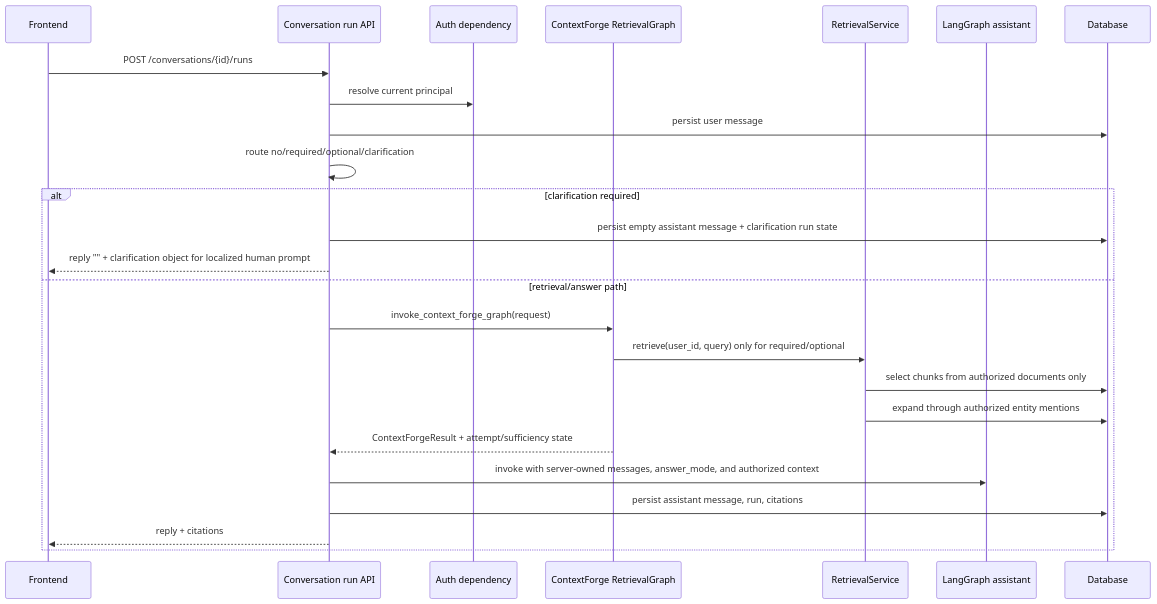
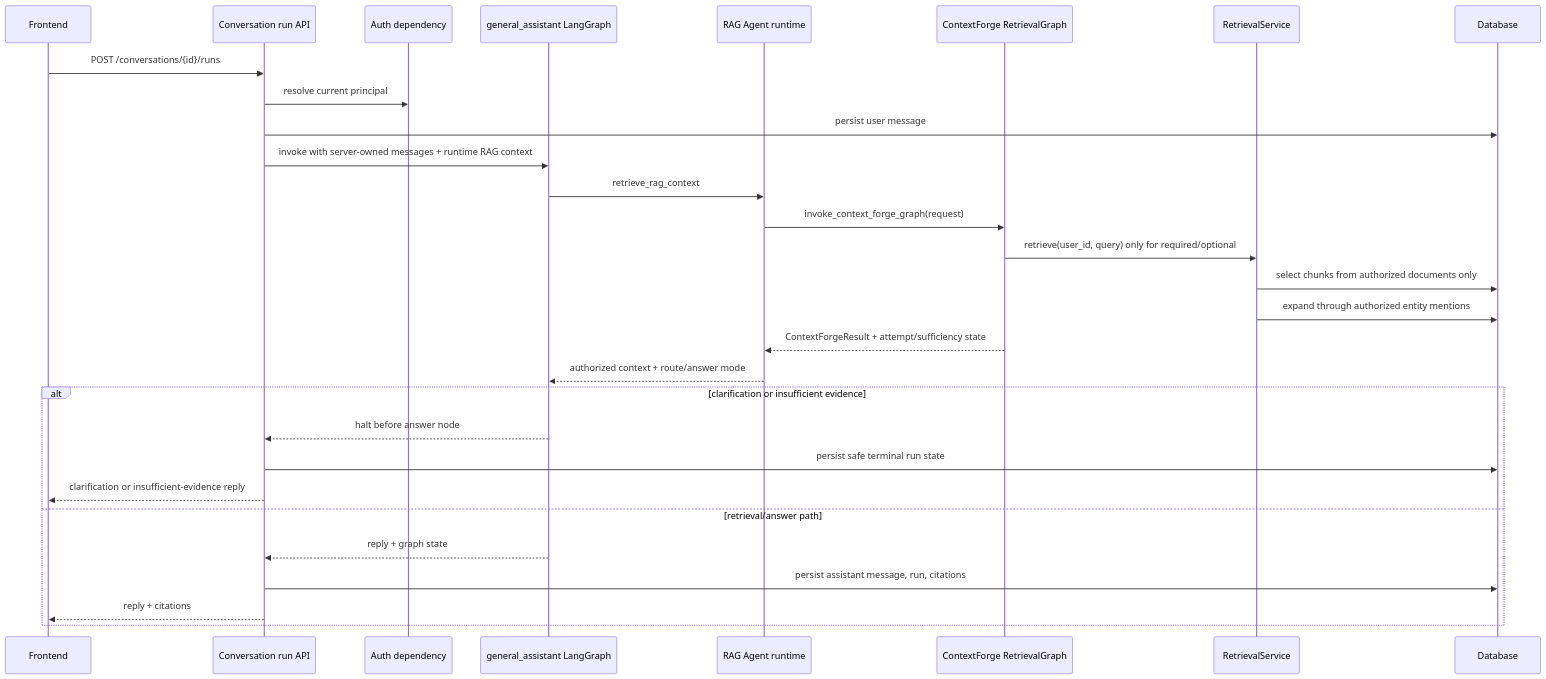
One commit to heecheon92/my-agents changed the first of 3 diagrams in docs/product-chat-service/en/06-permission-aware-rag.md. Above: the diagram before and after it, drawn with Mermaid. The commit also changed other lines of this file and 45 other files, not shown here.

````diff
--- a/docs/product-chat-service/en/06-permission-aware-rag.md
+++ b/docs/product-chat-service/en/06-permission-aware-rag.md
@@ -48,28 +46,32 @@
 ```mermaid
 sequenceDiagram
     participant UI as Frontend
     participant API as Conversation run API
     participant Auth as Auth dependency
+    participant G as general_assistant LangGraph
+    participant RAG as RAG Agent runtime
     participant CG as ContextForge RetrievalGraph
     participant R as RetrievalService
-    participant G as LangGraph assistant
     participant DB as Database
 
     UI->>API: POST /conversations/{id}/runs
     API->>Auth: resolve current principal
     API->>DB: persist user message
-    API->>API: route no/required/optional/clarification
-    alt clarification required
-        API->>DB: persist empty assistant message + clarification run state
-        API-->>UI: reply "" + clarification object for localized human prompt
+    API->>G: invoke with server-owned messages + runtime RAG context
+    G->>RAG: retrieve_rag_context
+    RAG->>CG: invoke_context_forge_graph(request)
+    CG->>R: retrieve(user_id, query) only for required/optional
+    R->>DB: select chunks from authorized documents only
+    R->>DB: expand through authorized entity mentions
+    CG-->>RAG: ContextForgeResult + attempt/sufficiency state
+    RAG-->>G: authorized context + route/answer mode
+    alt clarification or insufficient evidence
+        G-->>API: halt before answer node
+        API->>DB: persist safe terminal run state
+        API-->>UI: clarification or insufficient-evidence reply
     else retrieval/answer path
-        API->>CG: invoke_context_forge_graph(request)
-        CG->>R: retrieve(user_id, query) only for required/optional
-        R->>DB: select chunks from authorized documents only
-        R->>DB: expand through authorized entity mentions
-        CG-->>API: ContextForgeResult + attempt/sufficiency state
-        API->>G: invoke with server-owned messages, answer_mode, and authorized context
+        G-->>API: reply + graph state
         API->>DB: persist assistant message, run, citations
         API-->>UI: reply + citations
     end
 ```
````
